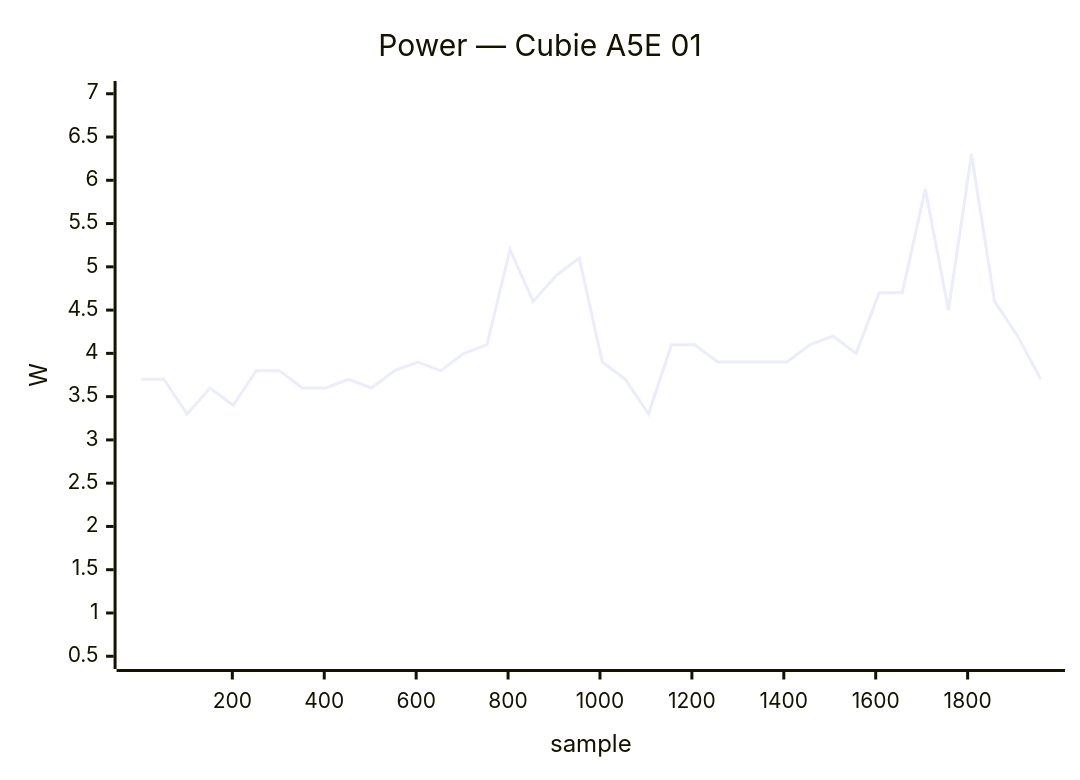
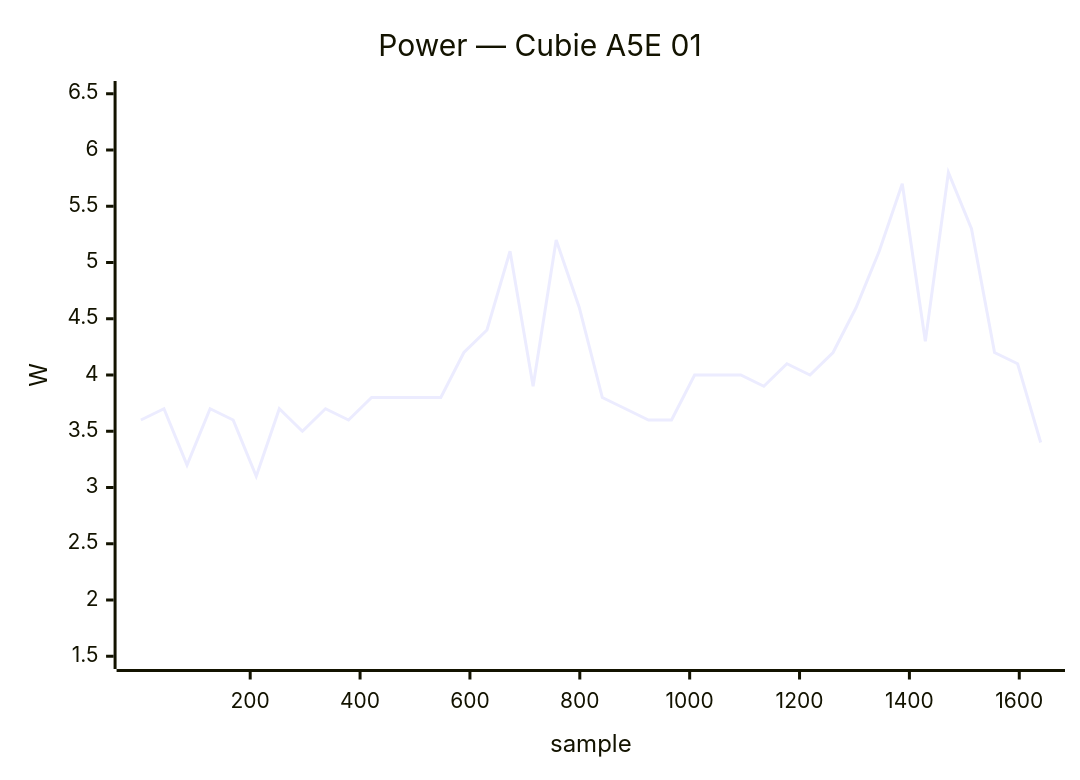
Before and after one commit to armbian/documentation: diagram 16 of 40 in docs/status/board-tests.md, drawn with Mermaid. The commit also changed other lines of this file, not shown here.

````diff
--- a/docs/status/board-tests.md
+++ b/docs/status/board-tests.md
@@ -448,7 +680,7 @@
 ```mermaid
 xychart-beta
     title "Power — Cubie A5E 01"
-    x-axis "sample" 1 --> 1959
-    y-axis "W" 0.5 --> 7.0
-    line [3.7, 3.7, 3.3, 3.6, 3.4, 3.8, 3.8, 3.6, 3.6, 3.7, 3.6, 3.8, 3.9, 3.8, 4.0, 4.1, 5.2, 4.6, 4.9, 5.1, 3.9, 3.7, 3.3, 4.1, 4.1, 3.9, 3.9, 3.9, 3.9, 4.1, 4.2, 4.0, 4.7, 4.7, 5.9, 4.5, 6.3, 4.6, 4.2, 3.7]
+    x-axis "sample" 1 --> 1639
+    y-axis "W" 1.5 --> 6.5
+    line [3.6, 3.7, 3.2, 3.7, 3.6, 3.1, 3.7, 3.5, 3.7, 3.6, 3.8, 3.8, 3.8, 3.8, 4.2, 4.4, 5.1, 3.9, 5.2, 4.6, 3.8, 3.7, 3.6, 3.6, 4.0, 4.0, 4.0, 3.9, 4.1, 4.0, 4.2, 4.6, 5.1, 5.7, 4.3, 5.8, 5.3, 4.2, 4.1, 3.4]
 ```
````
